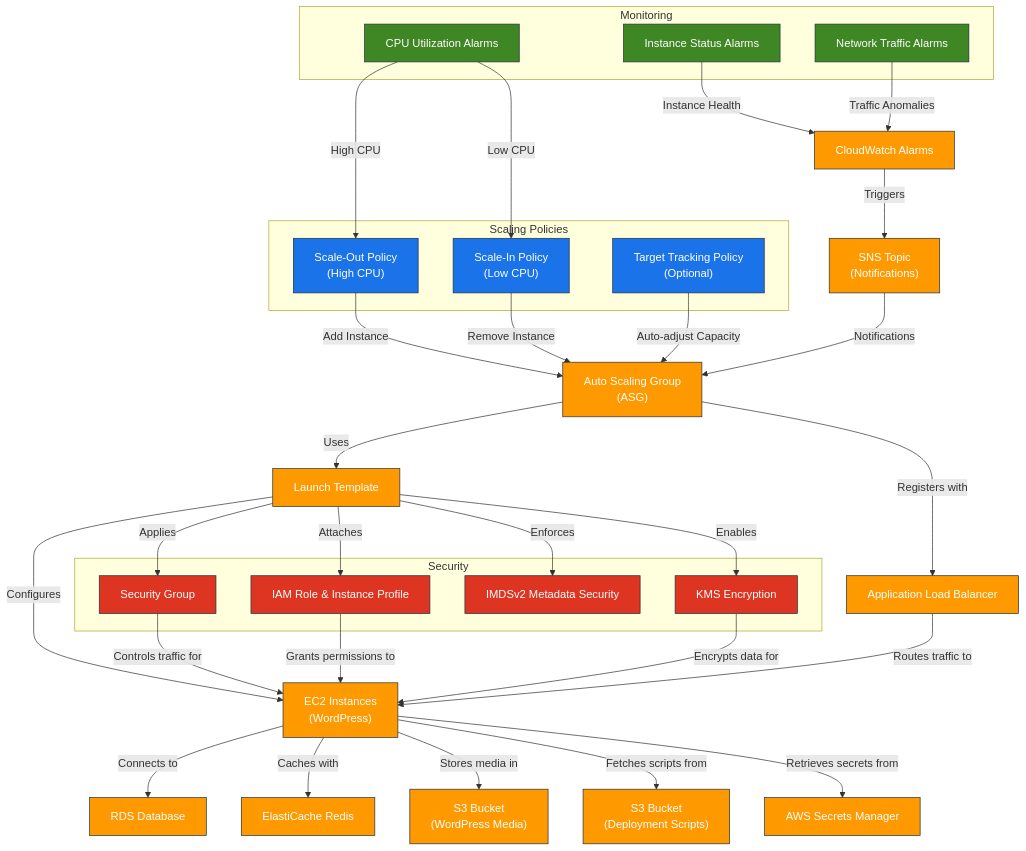
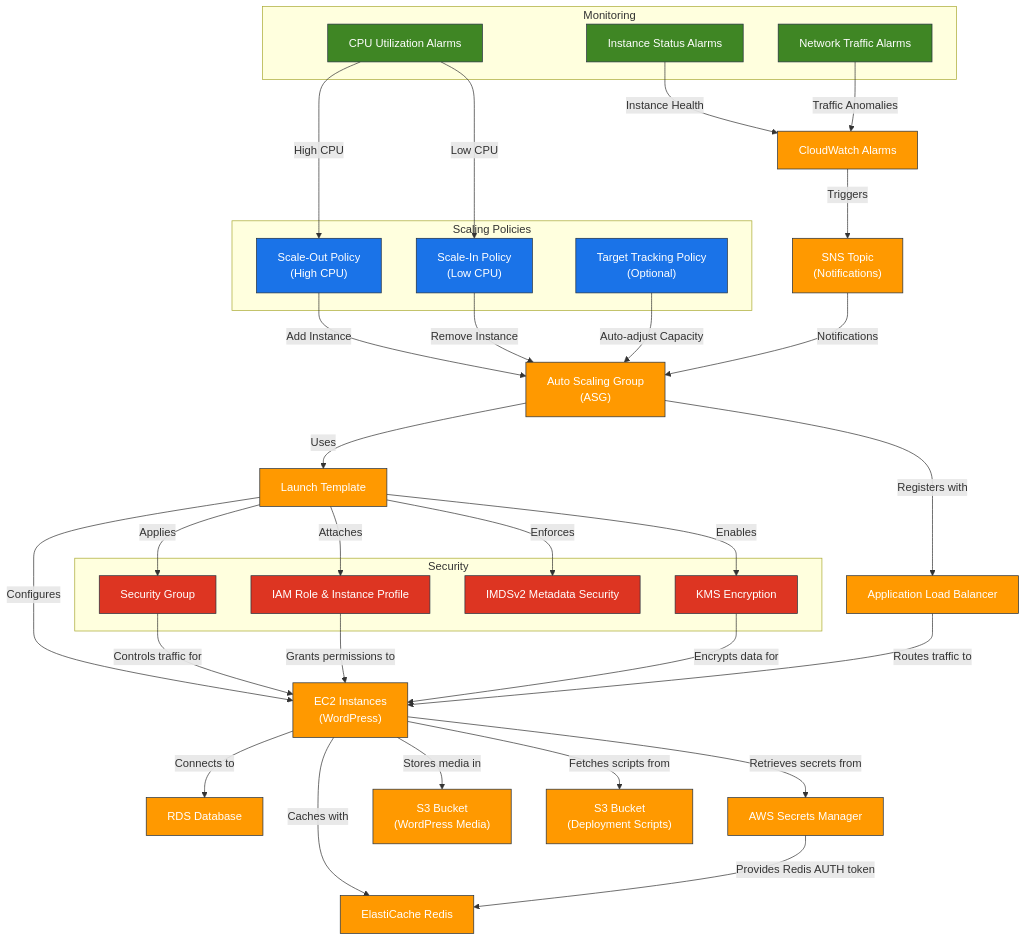
Before and after one commit to hetmanskyi-cloud/AWS: the diagram in terraform/modules/asg/README.md, drawn with Mermaid. The commit also changed other lines of this file and 30 other files, not shown here.

````diff
--- a/terraform/modules/asg/README.md
+++ b/terraform/modules/asg/README.md
@@ -21,79 +21,82 @@
 ```mermaid
 graph TB
     %% Main Components
     CloudWatch["CloudWatch Alarms"]
     SNS["SNS Topic<br>(Notifications)"]
     ASG["Auto Scaling Group<br>(ASG)"]
     LT["Launch Template"]
     EC2["EC2 Instances<br>(WordPress)"]
     ALB["Application Load Balancer"]
     RDS["RDS Database"]
     Redis["ElastiCache Redis"]
     S3Media["S3 Bucket<br>(WordPress Media)"]
     S3Scripts["S3 Bucket<br>(Deployment Scripts)"]
     SecretsManager["AWS Secrets Manager"]
     
     %% Subgraphs for organization
     subgraph "Security"
         SG["Security Group"]
         IAM["IAM Role & Instance Profile"]
         KMS["KMS Encryption"]
         IMDSv2["IMDSv2 Metadata Security"]
     end
     
     subgraph "Scaling Policies"
         ScaleOut["Scale-Out Policy<br>(High CPU)"]
         ScaleIn["Scale-In Policy<br>(Low CPU)"]
         TargetTracking["Target Tracking Policy<br>(Optional)"]
     end
     
     subgraph "Monitoring"
         CPUAlarms["CPU Utilization Alarms"]
         StatusAlarms["Instance Status Alarms"]
         NetworkAlarms["Network Traffic Alarms"]
     end
     
     %% Connections
     CloudWatch -->|"Triggers"| SNS
     SNS -->|"Notifications"| ASG
     
     CPUAlarms -->|"High CPU"| ScaleOut
     CPUAlarms -->|"Low CPU"| ScaleIn
     StatusAlarms -->|"Instance Health"| CloudWatch
     NetworkAlarms -->|"Traffic Anomalies"| CloudWatch
     
     ScaleOut -->|"Add Instance"| ASG
     ScaleIn -->|"Remove Instance"| ASG
     TargetTracking -->|"Auto-adjust Capacity"| ASG
     
     ASG -->|"Uses"| LT
     ASG -->|"Registers with"| ALB
     
     LT -->|"Configures"| EC2
     LT -->|"Applies"| SG
     LT -->|"Attaches"| IAM
     LT -->|"Enforces"| IMDSv2
     LT -->|"Enables"| KMS
     
     EC2 -->|"Connects to"| RDS
     EC2 -->|"Caches with"| Redis
     EC2 -->|"Stores media in"| S3Media
     EC2 -->|"Fetches scripts from"| S3Scripts
     EC2 -->|"Retrieves secrets from"| SecretsManager
     
     ALB -->|"Routes traffic to"| EC2
     SG -->|"Controls traffic for"| EC2
     IAM -->|"Grants permissions to"| EC2
     KMS -->|"Encrypts data for"| EC2
     
+    %% Redis AUTH Integration
+    SecretsManager -->|"Provides Redis AUTH token"| Redis
+    
     %% Styling
     classDef aws fill:#FF9900,stroke:#232F3E,color:white;
     classDef security fill:#DD3522,stroke:#232F3E,color:white;
     classDef monitoring fill:#3F8624,stroke:#232F3E,color:white;
     classDef policy fill:#1A73E8,stroke:#232F3E,color:white;
     
     class CloudWatch,SNS,ASG,LT,EC2,ALB,RDS,Redis,S3Media,S3Scripts,SecretsManager aws;
     class SG,IAM,KMS,IMDSv2 security;
     class CPUAlarms,StatusAlarms,NetworkAlarms monitoring;
     class ScaleOut,ScaleIn,TargetTracking policy;
 ```
````
